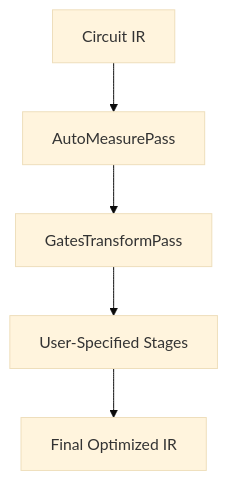
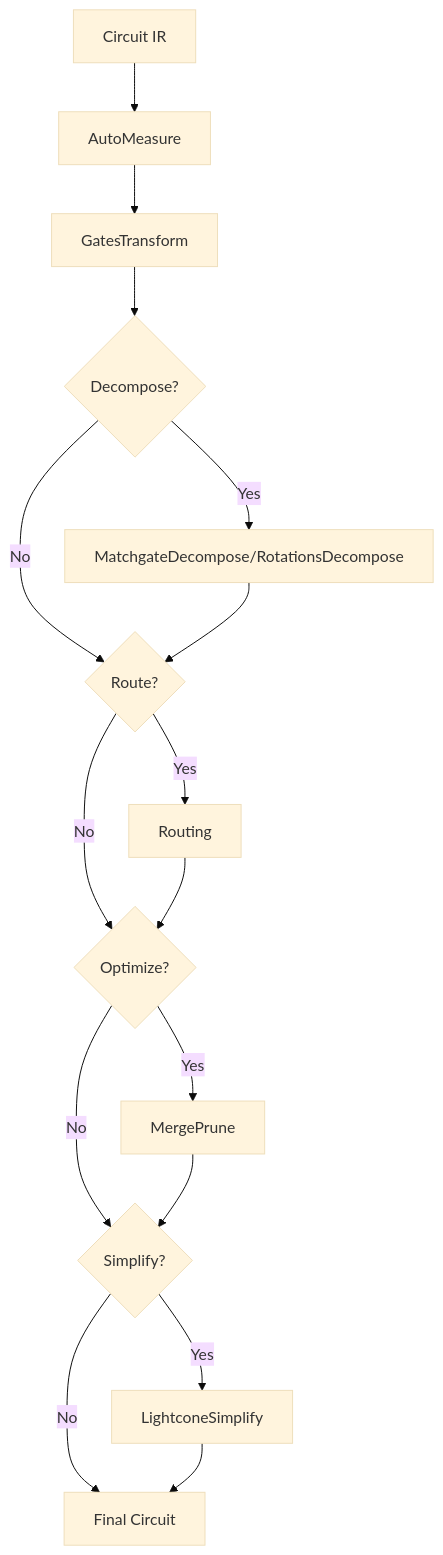
Before and after one commit to QureGenAI-Biotech/TyxonQ: the first of 4 diagrams in .qoder/repowiki/en/content/Core Framework Architecture/Compiler Pipeline/Compilation Stages/Compilation Stages.md, drawn with Mermaid (base theme). The commit also changed other lines of this file and 516 other files, not shown here.

````diff
--- a/.qoder/repowiki/en/content/Core Framework Architecture/Compiler Pipeline/Compilation Stages/Compilation Stages.md
+++ b/.qoder/repowiki/en/content/Core Framework Architecture/Compiler Pipeline/Compilation Stages/Compilation Stages.md
@@ -43,7 +50,18 @@
 ```mermaid
 flowchart TD
-A[Circuit IR] --> B[AutoMeasurePass]
-B --> C[GatesTransformPass]
-C --> D[User-Specified Stages]
-D --> E[Final Optimized IR]
+A[Circuit IR] --> B[AutoMeasure]
+B --> C[GatesTransform]
+C --> D{Decompose?}
+D --> |Yes| E[MatchgateDecompose/RotationsDecompose]
+D --> |No| F{Route?}
+E --> F
+F --> |Yes| G[Routing]
+F --> |No| H{Optimize?}
+G --> H
+H --> |Yes| I[MergePrune]
+H --> |No| J{Simplify?}
+I --> J
+J --> |Yes| K[LightconeSimplify]
+J --> |No| L[Final Circuit]
+K --> L
 ```
````
